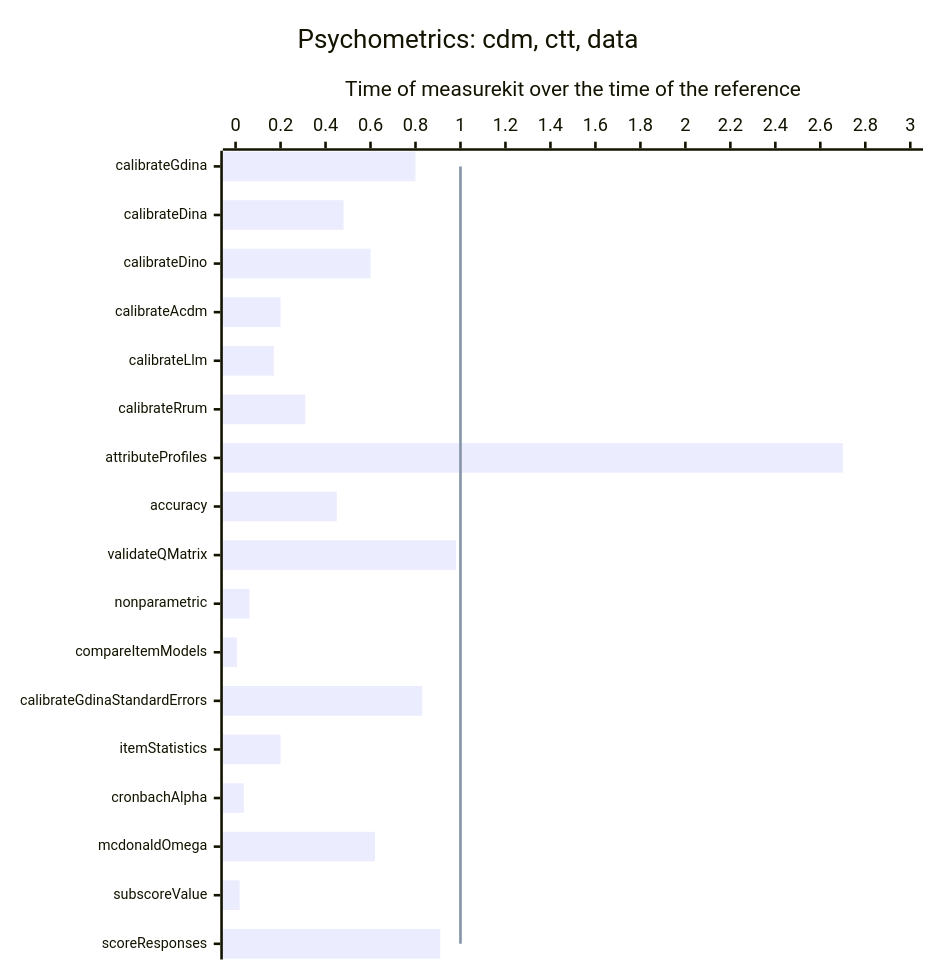
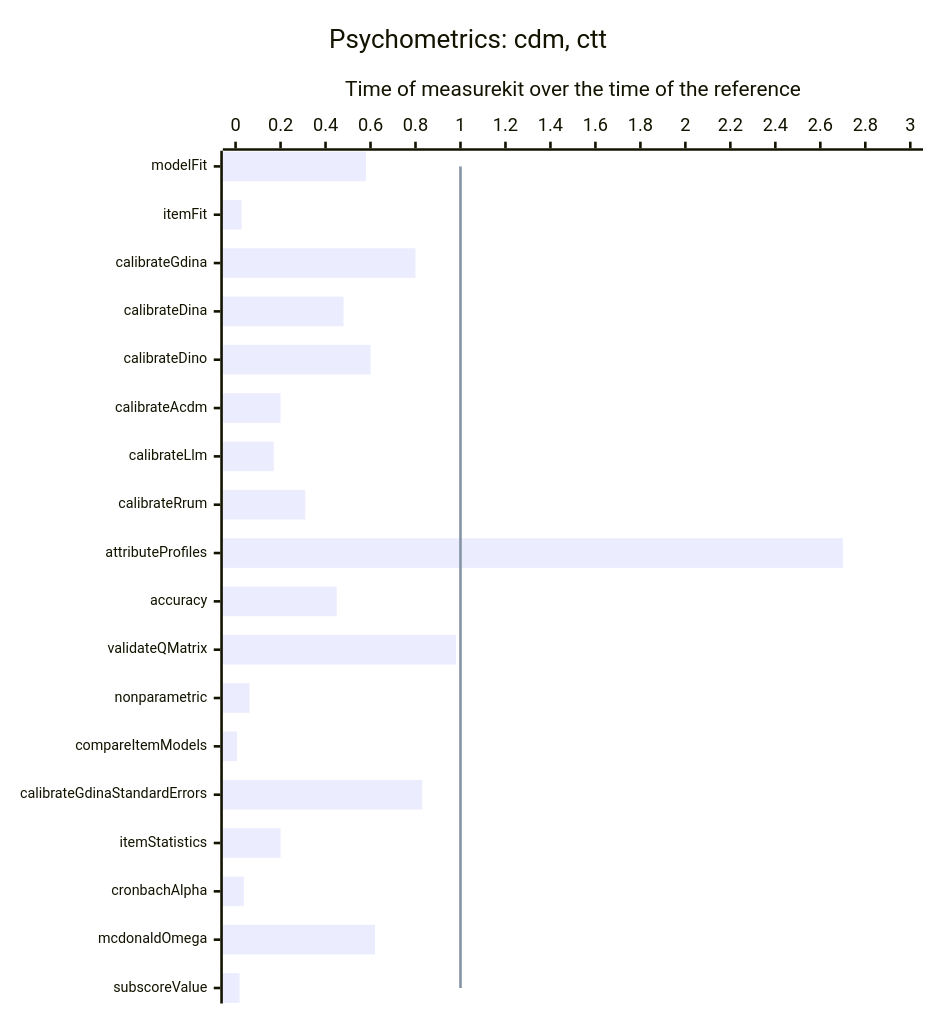
Before and after one commit to measurekit/measurekit: the fourth of 13 diagrams in docs/performance.md, drawn with Mermaid. The commit also changed other lines of this file and 4 other files, not shown here.

````diff
--- a/docs/performance.md
+++ b/docs/performance.md
@@ -43,9 +43,9 @@
 ```mermaid
-%%{init: {"xyChart": {"height": 728, "xAxis": {"labelFontSize": 11}}}}%%
+%%{init: {"xyChart": {"height": 762, "xAxis": {"labelFontSize": 11}}}}%%
 xychart-beta horizontal
-  title "Psychometrics: cdm, ctt, data"
-  x-axis ["calibrateGdina", "calibrateDina", "calibrateDino", "calibrateAcdm", "calibrateLlm", "calibrateRrum", "attributeProfiles", "accuracy", "validateQMatrix", "nonparametric", "compareItemModels", "calibrateGdinaStandardErrors", "itemStatistics", "cronbachAlpha", "mcdonaldOmega", "subscoreValue", "scoreResponses"]
+  title "Psychometrics: cdm, ctt"
+  x-axis ["modelFit", "itemFit", "calibrateGdina", "calibrateDina", "calibrateDino", "calibrateAcdm", "calibrateLlm", "calibrateRrum", "attributeProfiles", "accuracy", "validateQMatrix", "nonparametric", "compareItemModels", "calibrateGdinaStandardErrors", "itemStatistics", "cronbachAlpha", "mcdonaldOmega", "subscoreValue"]
   y-axis "Time of measurekit over the time of the reference" 0 --> 3
-  bar [0.8, 0.48, 0.6, 0.2, 0.17, 0.31, 2.7, 0.45, 0.98, 0.062, 0.0065, 0.83, 0.2, 0.037, 0.62, 0.018, 0.91]
-  line [1, 1, 1, 1, 1, 1, 1, 1, 1, 1, 1, 1, 1, 1, 1, 1, 1]
+  bar [0.58, 0.027, 0.8, 0.48, 0.6, 0.2, 0.17, 0.31, 2.7, 0.45, 0.98, 0.062, 0.0065, 0.83, 0.2, 0.037, 0.62, 0.018]
+  line [1, 1, 1, 1, 1, 1, 1, 1, 1, 1, 1, 1, 1, 1, 1, 1, 1, 1]
 ```
````
